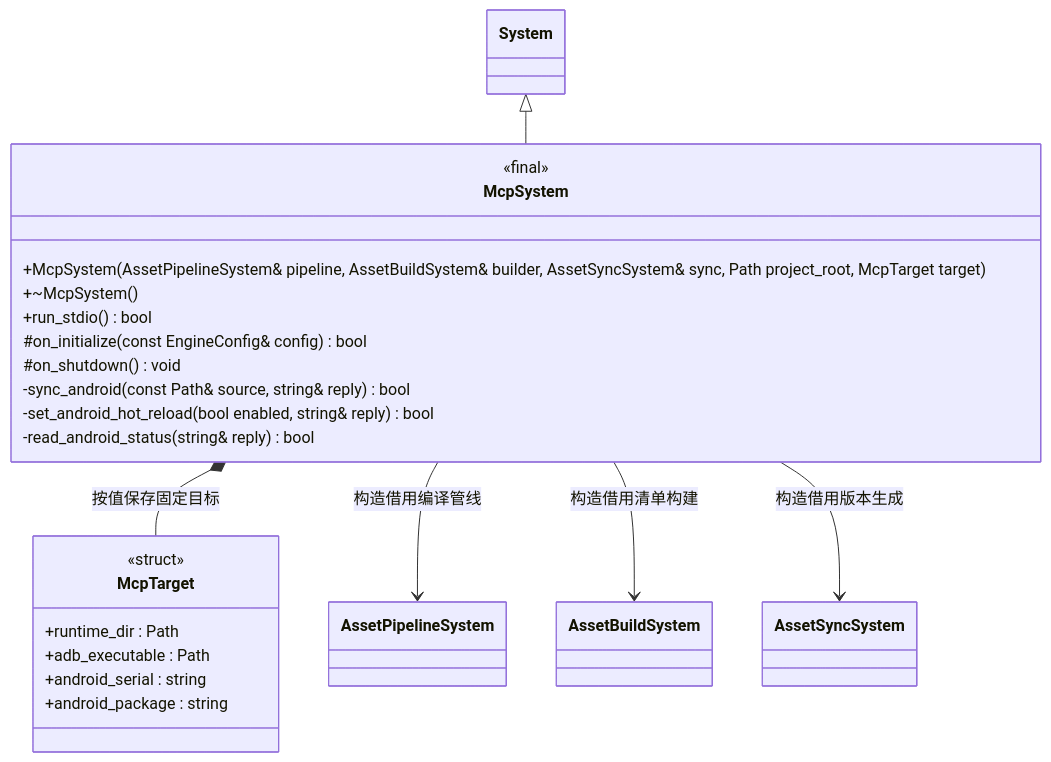
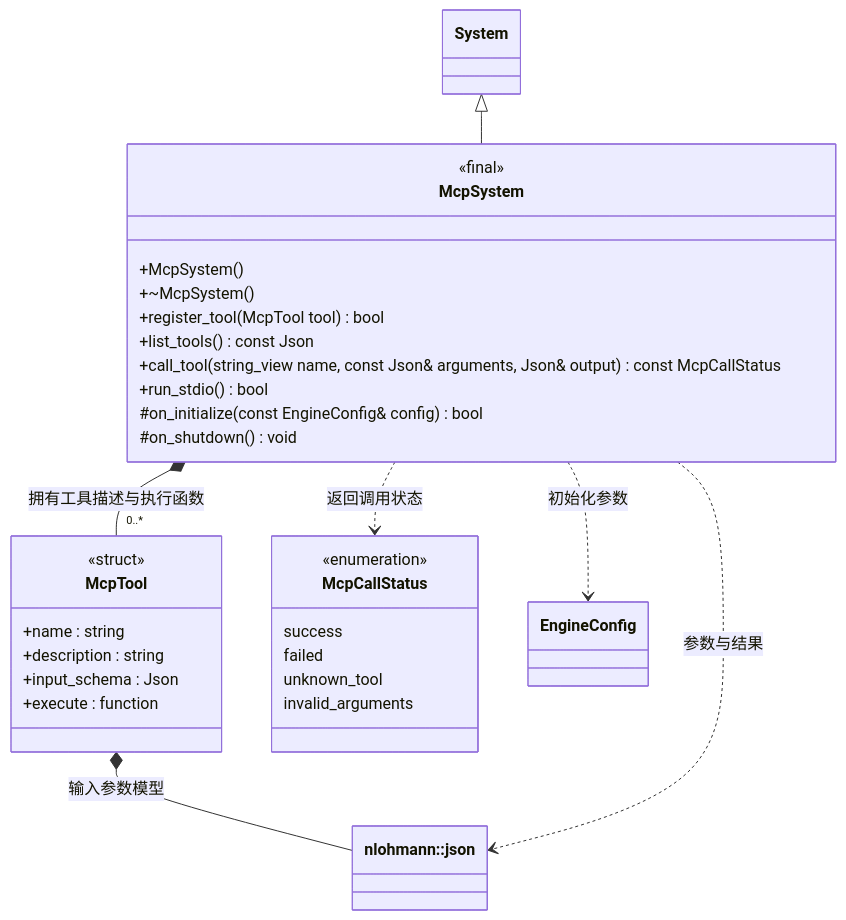
The diagram in docs/plugins/class-diagrams/mcp-system.md (lcals/Engine), drawn with Mermaid before and after one commit. The commit also changed other lines of this file and 125 other files, not shown here.

````diff
--- a/docs/plugins/class-diagrams/mcp-system.md
+++ b/docs/plugins/class-diagrams/mcp-system.md
@@ -9,31 +7,38 @@
 ```mermaid
 classDiagram
     direction TB
-    class McpTarget {
-        <<struct>>
-        +runtime_dir : Path
-        +adb_executable : Path
-        +android_serial : string
-        +android_package : string
-    }
     class McpSystem {
         <<final>>
-        +McpSystem(AssetPipelineSystem& pipeline, AssetBuildSystem& builder, AssetSyncSystem& sync, Path project_root, McpTarget target)
+        +McpSystem()
         +~McpSystem()
+        +register_tool(McpTool tool) bool
+        +list_tools() const Json
+        +call_tool(string_view name, const Json& arguments, Json& output) const McpCallStatus
         +run_stdio() bool
         #on_initialize(const EngineConfig& config) bool
         #on_shutdown() void
-        -sync_android(const Path& source, string& reply) bool
-        -set_android_hot_reload(bool enabled, string& reply) bool
-        -read_android_status(string& reply) bool
+    }
+    class McpTool {
+        <<struct>>
+        +name : string
+        +description : string
+        +input_schema : Json
+        +execute : function
+    }
+    class McpCallStatus {
+        <<enumeration>>
+        success
+        failed
+        unknown_tool
+        invalid_arguments
     }
     class System
-    class AssetPipelineSystem
-    class AssetBuildSystem
-    class AssetSyncSystem
+    class EngineConfig
+    class Json["nlohmann::json"]
     System <|-- McpSystem
-    McpSystem *-- McpTarget : 按值保存固定目标
-    McpSystem --> AssetPipelineSystem : 构造借用编译管线
-    McpSystem --> AssetBuildSystem : 构造借用清单构建
-    McpSystem --> AssetSyncSystem : 构造借用版本生成
+    McpSystem *-- "0..*" McpTool : 拥有工具描述与执行函数
+    McpTool *-- Json : 输入参数模型
+    McpSystem ..> EngineConfig : 初始化参数
+    McpSystem ..> Json : 参数与结果
+    McpSystem ..> McpCallStatus : 返回调用状态
 ```
````
